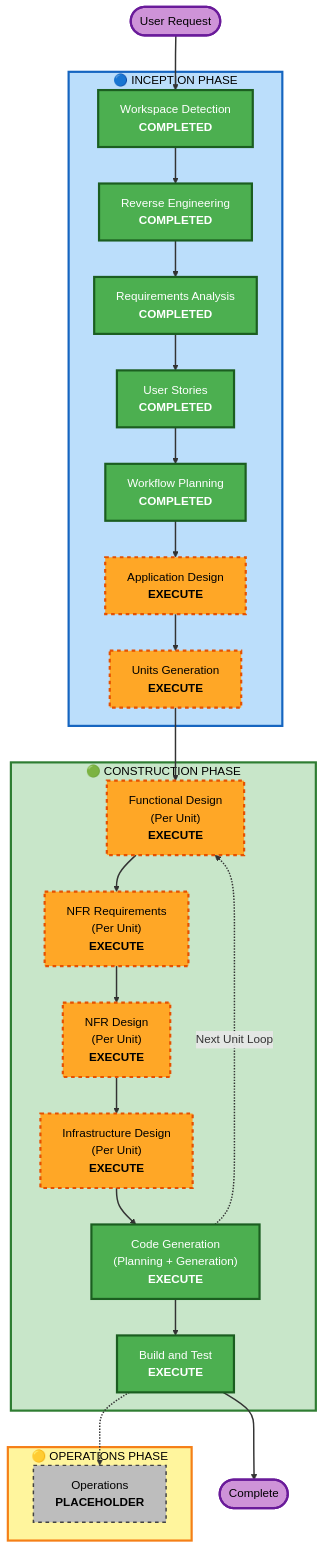
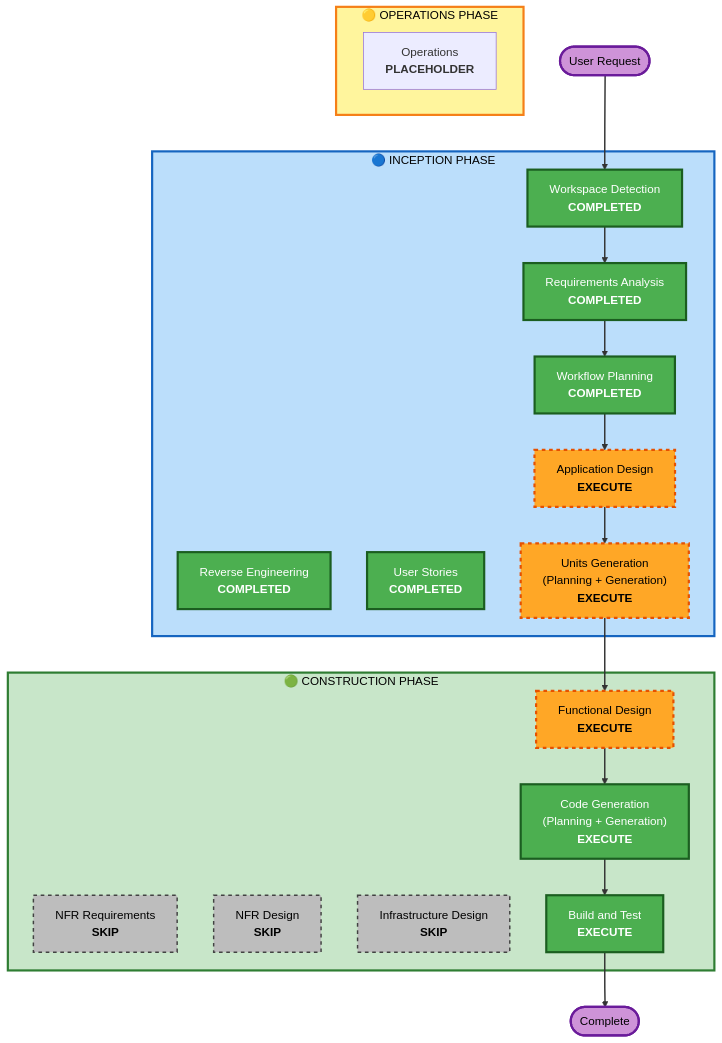
One commit to rodrigotejos/hivemind changed the diagram in aidlc-docs/inception/plans/execution-plan.md. Above: the diagram before and after it, drawn with Mermaid. The commit also changed other lines of this file and 20 other files, not shown here.

Commit message:
docs(aidlc): complete Inception phase, requirements analysis, user stories, and execution planning for Iteration 2

````diff
--- a/aidlc-docs/inception/plans/execution-plan.md
+++ b/aidlc-docs/inception/plans/execution-plan.md
@@ -40,67 +30,62 @@
 ```mermaid
 flowchart TD
     Start(["User Request"])
     
     subgraph INCEPTION["🔵 INCEPTION PHASE"]
         WD["Workspace Detection<br/><b>COMPLETED</b>"]
         RE["Reverse Engineering<br/><b>COMPLETED</b>"]
         RA["Requirements Analysis<br/><b>COMPLETED</b>"]
         US["User Stories<br/><b>COMPLETED</b>"]
         WP["Workflow Planning<br/><b>COMPLETED</b>"]
         AD["Application Design<br/><b>EXECUTE</b>"]
-        UG["Units Generation<br/><b>EXECUTE</b>"]
+        UG["Units Generation<br/>(Planning + Generation)<br/><b>EXECUTE</b>"]
     end
     
     subgraph CONSTRUCTION["🟢 CONSTRUCTION PHASE"]
-        FD["Functional Design<br/>(Per Unit)<br/><b>EXECUTE</b>"]
-        NFRA["NFR Requirements<br/>(Per Unit)<br/><b>EXECUTE</b>"]
-        NFRD["NFR Design<br/>(Per Unit)<br/><b>EXECUTE</b>"]
-        ID["Infrastructure Design<br/>(Per Unit)<br/><b>EXECUTE</b>"]
+        FD["Functional Design<br/><b>EXECUTE</b>"]
+        NFRA["NFR Requirements<br/><b>SKIP</b>"]
+        NFRD["NFR Design<br/><b>SKIP</b>"]
+        ID["Infrastructure Design<br/><b>SKIP</b>"]
         CG["Code Generation<br/>(Planning + Generation)<br/><b>EXECUTE</b>"]
         BT["Build and Test<br/><b>EXECUTE</b>"]
     end
     
     subgraph OPERATIONS["🟡 OPERATIONS PHASE"]
         OPS["Operations<br/><b>PLACEHOLDER</b>"]
     end
     
     Start --> WD
-    WD --> RE
-    RE --> RA
-    RA --> US
-    US --> WP
+    WD --> RA
+    RA --> WP
     WP --> AD
     AD --> UG
     UG --> FD
-    FD --> NFRA
-    NFRA --> NFRD
-    NFRD --> ID
-    ID --> CG
-    CG -.->|Next Unit Loop| FD
+    FD --> CG
     CG --> BT
-    BT -.-> OPS
     BT --> End(["Complete"])
-
+    
     style WD fill:#4CAF50,stroke:#1B5E20,stroke-width:3px,color:#fff
     style RE fill:#4CAF50,stroke:#1B5E20,stroke-width:3px,color:#fff
     style RA fill:#4CAF50,stroke:#1B5E20,stroke-width:3px,color:#fff
     style US fill:#4CAF50,stroke:#1B5E20,stroke-width:3px,color:#fff
     style WP fill:#4CAF50,stroke:#1B5E20,stroke-width:3px,color:#fff
+    
     style AD fill:#FFA726,stroke:#E65100,stroke-width:3px,stroke-dasharray: 5 5,color:#000
     style UG fill:#FFA726,stroke:#E65100,stroke-width:3px,stroke-dasharray: 5 5,color:#000
     style FD fill:#FFA726,stroke:#E65100,stroke-width:3px,stroke-dasharray: 5 5,color:#000
-    style NFRA fill:#FFA726,stroke:#E65100,stroke-width:3px,stroke-dasharray: 5 5,color:#000
-    style NFRD fill:#FFA726,stroke:#E65100,stroke-width:3px,stroke-dasharray: 5 5,color:#000
-    style ID fill:#FFA726,stroke:#E65100,stroke-width:3px,stroke-dasharray: 5 5,color:#000
+    
     style CG fill:#4CAF50,stroke:#1B5E20,stroke-width:3px,color:#fff
     style BT fill:#4CAF50,stroke:#1B5E20,stroke-width:3px,color:#fff
-    style OPS fill:#BDBDBD,stroke:#424242,stroke-width:2px,stroke-dasharray: 5 5,color:#000
+    
+    style NFRA fill:#BDBDBD,stroke:#424242,stroke-width:2px,stroke-dasharray: 5 5,color:#000
+    style NFRD fill:#BDBDBD,stroke:#424242,stroke-width:2px,stroke-dasharray: 5 5,color:#000
+    style ID fill:#BDBDBD,stroke:#424242,stroke-width:2px,stroke-dasharray: 5 5,color:#000
+    
+    style INCEPTION fill:#BBDEFB,stroke:#1565C0,stroke-width:3px, color:#000
+    style CONSTRUCTION fill:#C8E6C9,stroke:#2E7D32,stroke-width:3px, color:#000
+    style OPERATIONS fill:#FFF59D,stroke:#F57F17,stroke-width:3px, color:#000
     style Start fill:#CE93D8,stroke:#6A1B9A,stroke-width:3px,color:#000
     style End fill:#CE93D8,stroke:#6A1B9A,stroke-width:3px,color:#000
-
-    style INCEPTION fill:#BBDEFB,stroke:#1565C0,stroke-width:3px,color:#000
-    style CONSTRUCTION fill:#C8E6C9,stroke:#2E7D32,stroke-width:3px,color:#000
-    style OPERATIONS fill:#FFF59D,stroke:#F57F17,stroke-width:3px,color:#000
-
+    
     linkStyle default stroke:#333,stroke-width:2px
 ```
````
